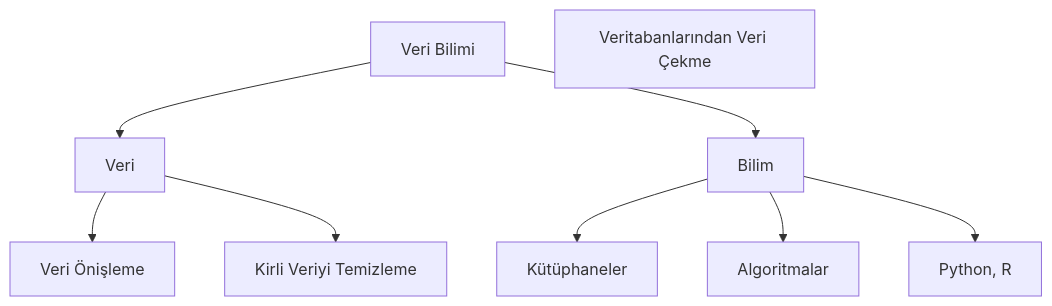
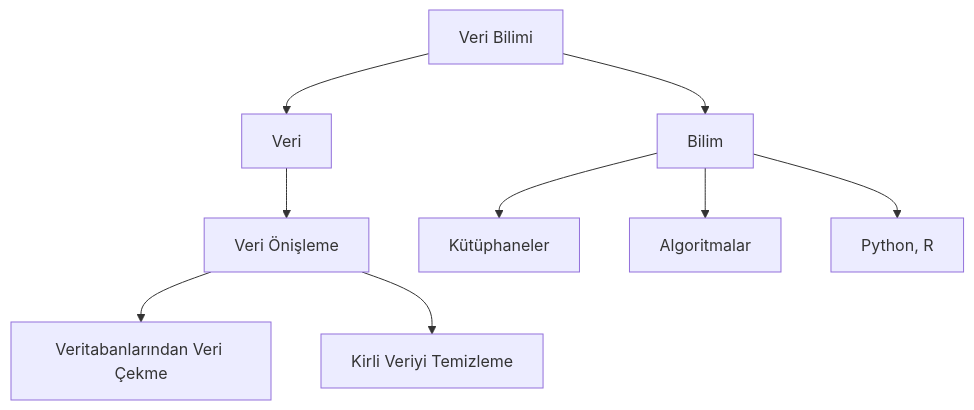
One commit to nepatiess/SQL_GelecegiYazanlar_Turkcell changed the diagram in README.md. Above: the diagram before and after it, drawn with Mermaid.

````diff
--- a/README.md
+++ b/README.md
@@ -18,24 +18,25 @@
 ```mermaid
 flowchart TB
     VB[Veri Bilimi]
     V[Veri]
     VO[Veri Önişleme]
     VV[Veritabanlarından Veri Çekme]
     KVT[Kirli Veriyi Temizleme]
     B[Bilim]
     K[Kütüphaneler]
     A[Algoritmalar]
     PR[Python, R]
 
     %% Yukarıdan aşağı
     VB --> V
     VB --> B
 
     V --> VO
-    V --> KVT
+    VO --> VV
+    VO --> KVT
 
     B --> K
     B --> A
     B --> PR
 
 ```
````
